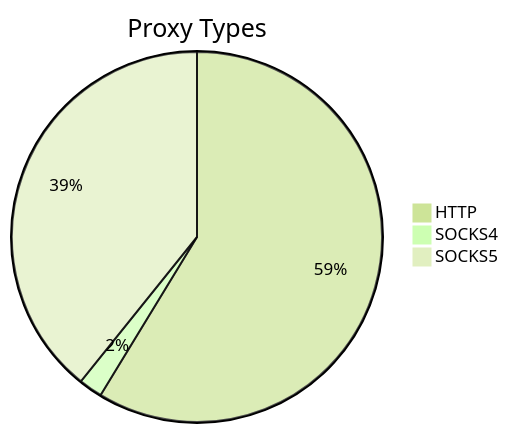
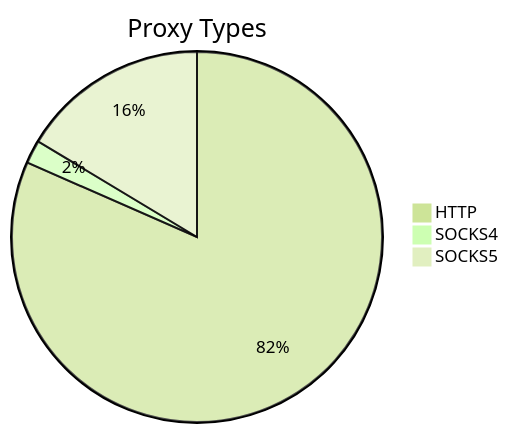
One commit to stormsia/proxy-list changed the first of 2 diagrams in README.md. Above: the diagram before and after it, drawn with Mermaid (forest theme). The commit also changed other lines of this file, not shown here.

````diff
--- a/README.md
+++ b/README.md
@@ -21,6 +21,6 @@
 ```mermaid
 pie title Proxy Types
-    "HTTP" : 256
-    "SOCKS4" : 9
-    "SOCKS5" : 171
+    "HTTP" : 279
+    "SOCKS4" : 7
+    "SOCKS5" : 56
 ```
````
